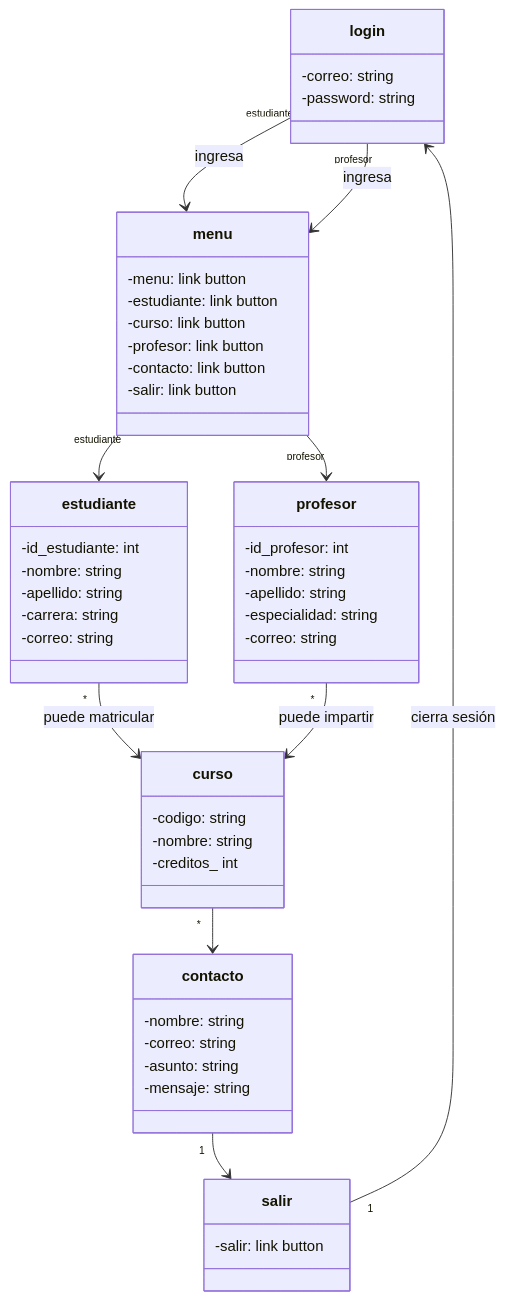
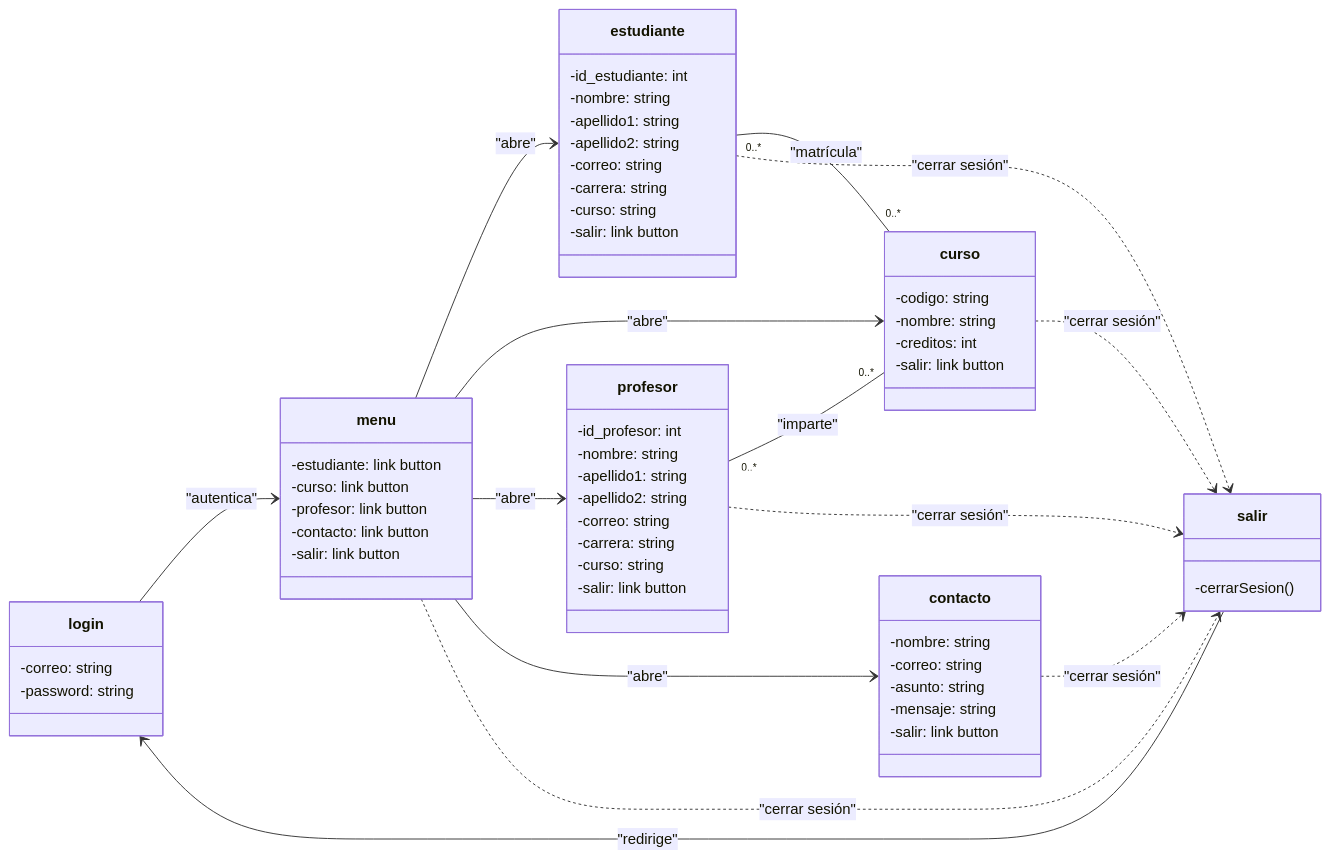
The diagram in Proyecto/images/Diagrama de proyecto.mmd (TOACR/Proyecto), drawn with Mermaid before and after one commit. The commit also changed other lines of this file and 16 other files, not shown here.

```diff
--- a/Proyecto/images/Diagrama de proyecto.mmd
+++ b/Proyecto/images/Diagrama de proyecto.mmd
@@ -1,55 +1,77 @@
 classDiagram
+    direction LR
+
     class login {
         -correo: string
         -password: string
     }
 
     class menu {
-        -menu:  link button
         -estudiante: link button
         -curso: link button
         -profesor: link button
         -contacto: link button
         -salir: link button
     }
+
     class estudiante {
         -id_estudiante: int
         -nombre: string
-        -apellido: string
+        -apellido1: string
+        -apellido2: string
+        -correo: string
         -carrera: string
-        -correo: string
+        -curso: string
+        -salir: link button
     }
 
     class curso {
         -codigo: string
         -nombre: string
-        -creditos_ int 
+        -creditos: int
+        -salir: link button
     }
 
     class profesor {
-        -id_profesor: int 
+        -id_profesor: int
         -nombre: string
-        -apellido: string
-        -especialidad: string
+        -apellido1: string
+        -apellido2: string
         -correo: string
+        -carrera: string
+        -curso: string
+        -salir: link button
     }
 
     class contacto {
         -nombre: string
         -correo: string
         -asunto: string
         -mensaje: string
-    }
-    class salir{
         -salir: link button
     }
 
-    login "estudiante" --> menu: ingresa
-    login "profesor" --> menu: ingresa
-    menu "estudiante" --> estudiante
-    menu "profesor" --> profesor
-    estudiante "*" --> curso: puede matricular
-    profesor "*" --> curso: puede impartir
-    curso "*" --> contacto
-    contacto "1" --> salir
-    salir "1" --> login: cierra sesión
+    class salir {
+        -cerrarSesion()
+    }
+
+    %% Flujo principal
+    login --> menu : "autentica"
+    menu --> estudiante : "abre"
+    menu --> curso : "abre"
+    menu --> profesor : "abre"
+    menu --> contacto : "abre"
+
+    %% Relaciones de dominio
+    estudiante "0..*" -- "0..*" curso : "matrícula"
+    profesor  "0..*" -- "0..*" curso : "imparte"
+
+    %% Botón salir en TODAS las vistas
+    menu ..> salir : "cerrar sesión"
+    estudiante ..> salir : "cerrar sesión"
+    profesor ..> salir : "cerrar sesión"
+    curso ..> salir : "cerrar sesión"
+    contacto ..> salir : "cerrar sesión"
+
+    %% Salir siempre vuelve al login
+    salir --> login : "redirige"
```
